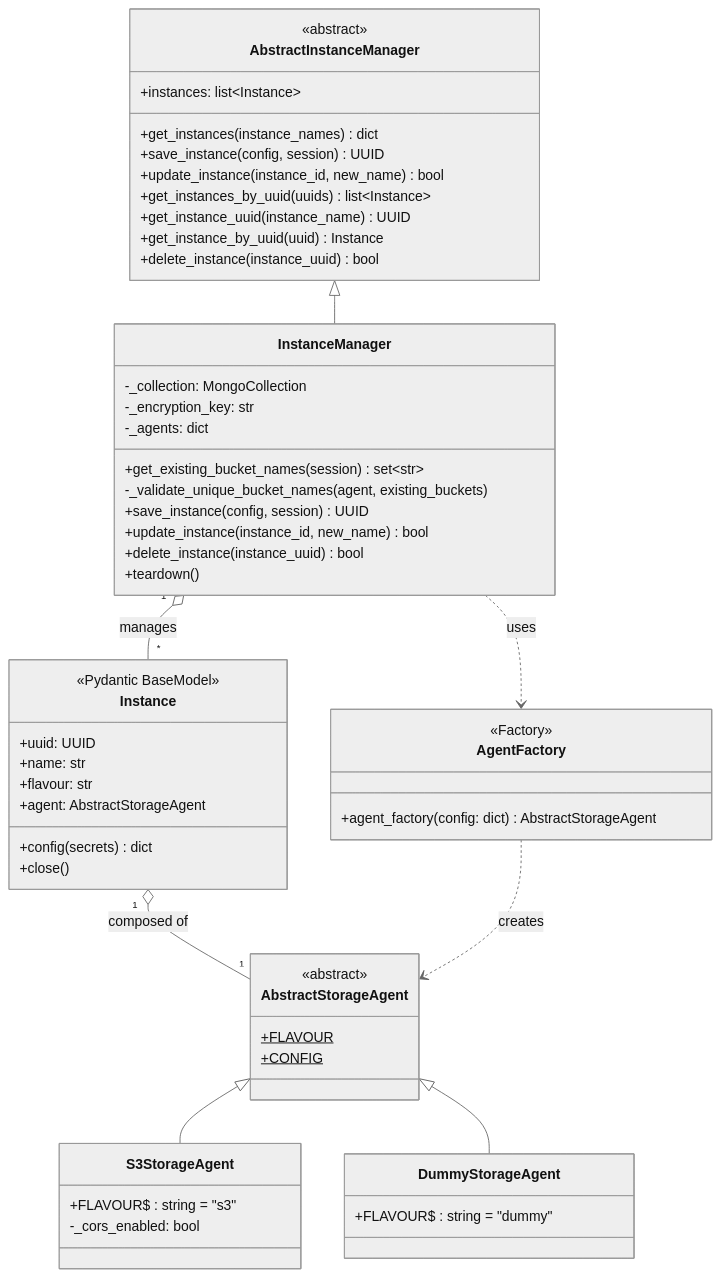
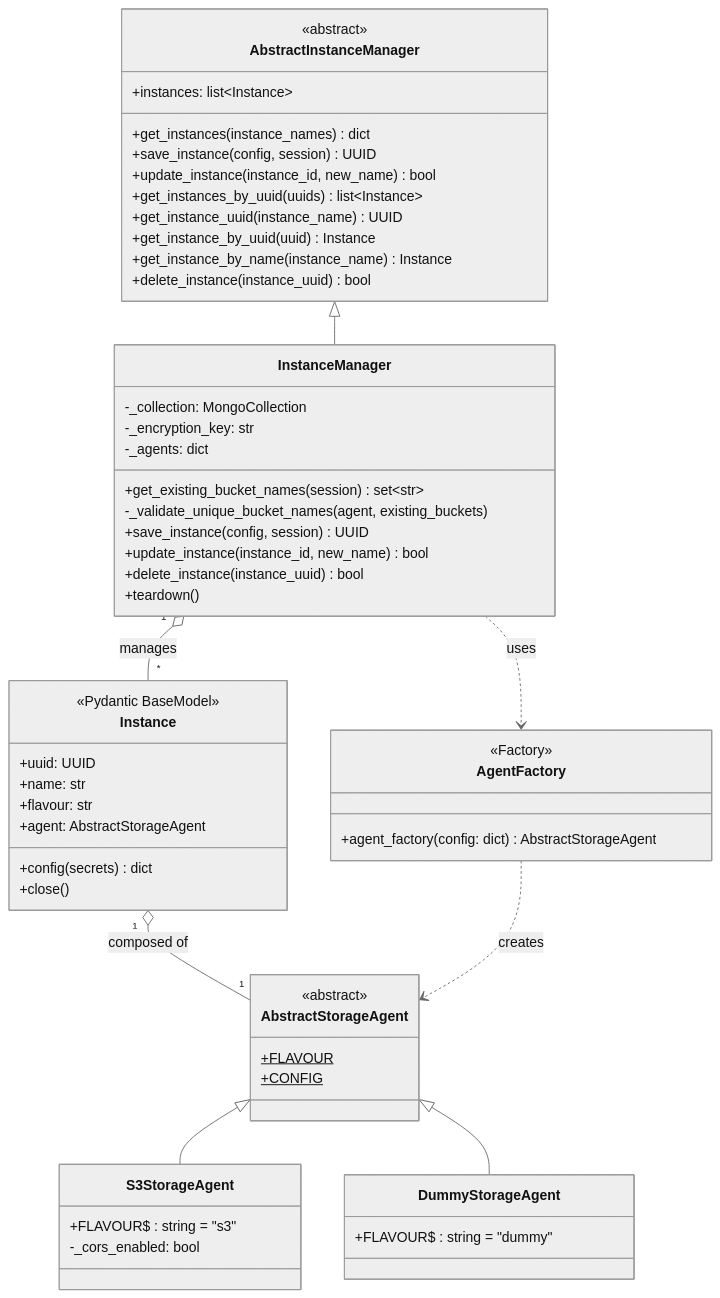
One commit to pmahon3/Data-Portal changed the second of 5 diagrams in docs/diagrams/class-services.md. Above: the diagram before and after it, drawn with Mermaid (neutral theme).

Commit message:
docs(diagrams): add get_instance_by_name to the class diagram
AbstractInstanceManager gained get_instance_by_name in 99f14bb; the class
diagram still listed only get_instance_uuid and get_instance_by_uuid.

Checked the rest of the diagram set against the change. class-services models
service-to-service relationships only, not the endpoint layer, so dropping the
endpoint dependency on AbstractUserManager does not appear there. The
project-management diagrams and component-architecture are unaffected -
component-architecture describes the Keycloak dependency at a level that stays
accurate now that signing keys are cached.

Claude-Session: https://claude.ai/code/session_01BvsejTwqRZvnjMkVah5vRV

````diff
--- a/docs/diagrams/class-services.md
+++ b/docs/diagrams/class-services.md
@@ -74,69 +74,70 @@
 ```mermaid
 classDiagram
     class AbstractInstanceManager {
         <<abstract>>
         +instances: list~Instance~
         +get_instances(instance_names) dict
         +save_instance(config, session) UUID
         +update_instance(instance_id, new_name) bool
         +get_instances_by_uuid(uuids) list~Instance~
         +get_instance_uuid(instance_name) UUID
         +get_instance_by_uuid(uuid) Instance
+        +get_instance_by_name(instance_name) Instance
         +delete_instance(instance_uuid) bool
     }
 
     class InstanceManager {
         -_collection: MongoCollection
         -_encryption_key: str
         -_agents: dict
         +get_existing_bucket_names(session) set~str~
         -_validate_unique_bucket_names(agent, existing_buckets)
         +save_instance(config, session) UUID
         +update_instance(instance_id, new_name) bool
         +delete_instance(instance_uuid) bool
         +teardown()
     }
 
     class Instance {
         <<Pydantic BaseModel>>
         +uuid: UUID
         +name: str
         +flavour: str
         +agent: AbstractStorageAgent
         +config(secrets) dict
         +close()
     }
 
     class AbstractStorageAgent {
         <<abstract>>
         +FLAVOUR$
         +CONFIG$
     }
 
     class S3StorageAgent {
         +FLAVOUR$ : string = "s3"
         -_cors_enabled: bool
     }
 
     class DummyStorageAgent {
         +FLAVOUR$ : string = "dummy"
     }
 
     class AgentFactory {
         <<Factory>>
         +agent_factory(config: dict) AbstractStorageAgent
     }
 
     %% Inheritance
     AbstractInstanceManager <|-- InstanceManager
     AbstractStorageAgent <|-- S3StorageAgent
     AbstractStorageAgent <|-- DummyStorageAgent
 
     %% Aggregation & Composition
     InstanceManager "1" o-- "*" Instance : manages
     Instance "1" o-- "1" AbstractStorageAgent : composed of
     
     %% Dependency
     InstanceManager ..> AgentFactory : uses
     AgentFactory ..> AbstractStorageAgent : creates
 ```
````
